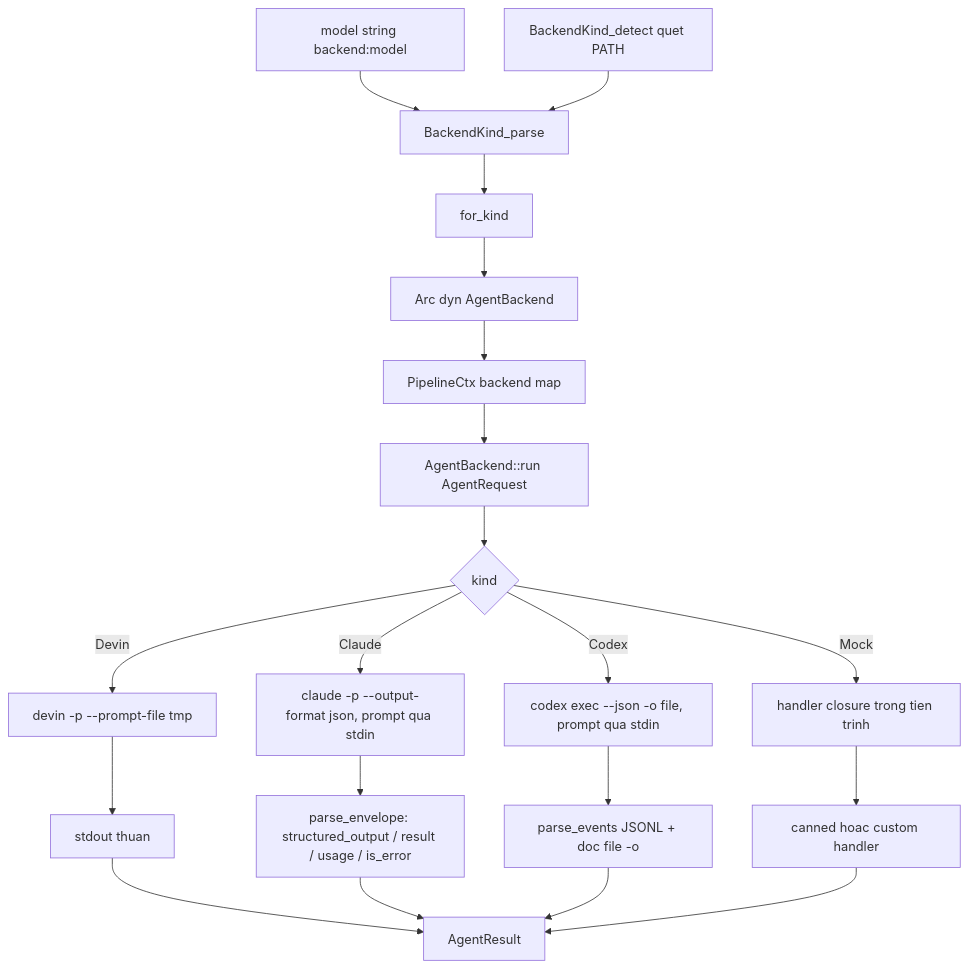
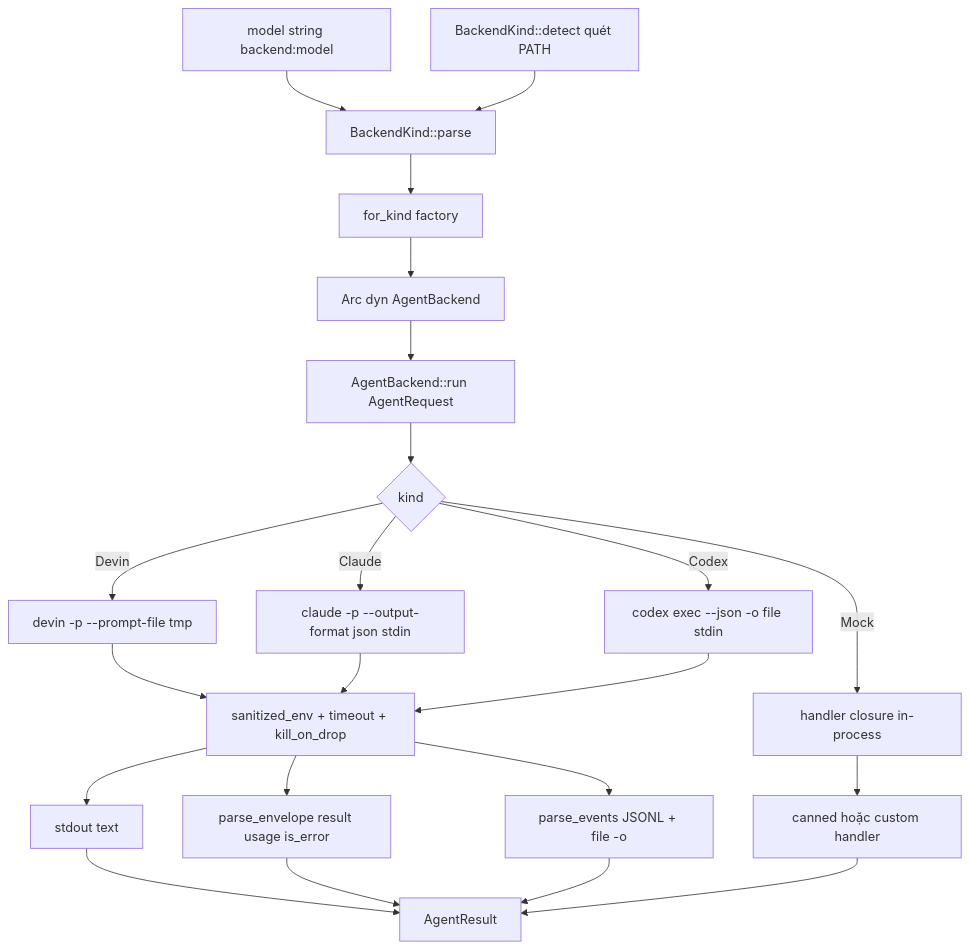
One commit to tidusvn05/agentwiki changed the first of 2 diagrams in docs/vi/4.Deep-Exploration/Agent Backend Integration.md. Above: the diagram before and after it, drawn with Mermaid. The commit also changed other lines of this file and 10 other files, not shown here.

````diff
--- a/docs/vi/4.Deep-Exploration/Agent Backend Integration.md
+++ b/docs/vi/4.Deep-Exploration/Agent Backend Integration.md
@@ -52,22 +57,24 @@
 ```mermaid
 flowchart TD
-    MS["model string backend:model"] --> PARSE[BackendKind_parse]
-    DET["BackendKind_detect quet PATH"] --> PARSE
-    PARSE --> FK[for_kind]
-    FK --> ARC["Arc dyn AgentBackend"]
-    ARC --> CTX["PipelineCtx backend map"]
-    CTX --> RUN["AgentBackend::run AgentRequest"]
+    MS[model string backend:model] --> PARSE[BackendKind::parse]
+    DET[BackendKind::detect quét PATH] --> PARSE
+    PARSE --> FK[for_kind factory]
+    FK --> ARC[Arc dyn AgentBackend]
+    ARC --> RUN[AgentBackend::run AgentRequest]
     RUN --> D{kind}
-    D -->|Devin| DV["devin -p --prompt-file tmp"]
-    D -->|Claude| CL["claude -p --output-format json, prompt qua stdin"]
-    D -->|Codex| CX["codex exec --json -o file, prompt qua stdin"]
-    D -->|Mock| MK["handler closure trong tien trinh"]
-    DV --> P1["stdout thuan"]
-    CL --> P2["parse_envelope: structured_output / result / usage / is_error"]
-    CX --> P3["parse_events JSONL + doc file -o"]
-    MK --> P4["canned hoac custom handler"]
+    D -->|Devin| DV[devin -p --prompt-file tmp]
+    D -->|Claude| CL[claude -p --output-format json stdin]
+    D -->|Codex| CX[codex exec --json -o file stdin]
+    D -->|Mock| MK[handler closure in-process]
+    DV --> ENV[sanitized_env + timeout + kill_on_drop]
+    CL --> ENV
+    CX --> ENV
+    ENV --> P1[stdout text]
+    ENV --> P2[parse_envelope result usage is_error]
+    ENV --> P3[parse_events JSONL + file -o]
+    MK --> P4[canned hoặc custom handler]
     P1 --> AR[AgentResult]
     P2 --> AR
     P3 --> AR
     P4 --> AR
 ```
````
